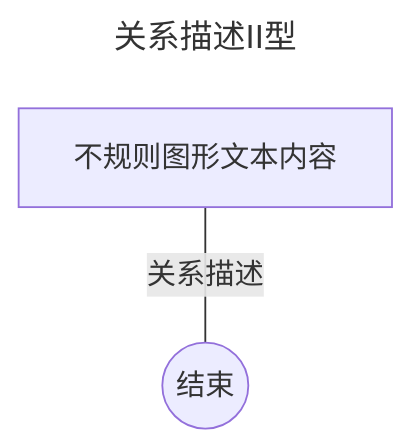
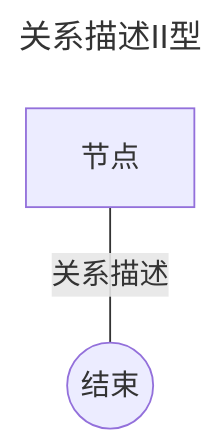
Before and after one commit to superAlibi/notes: the diagram in notes/blogs/mermaid/demo/mermaid/flowchart-link-comment-2.md, drawn with Mermaid. The commit also changed 9 other files, not shown here.

````diff
--- a/notes/blogs/mermaid/demo/mermaid/flowchart-link-comment-2.md
+++ b/notes/blogs/mermaid/demo/mermaid/flowchart-link-comment-2.md
@@ -2,7 +2,7 @@
 ```mermaid
 ---
 title: 关系描述II型
 ---
 flowchart
-    D[不规则图形文本内容]-- 关系描述 ---T((结束))
+    D[节点]-- 关系描述 ---T((结束))
 ```
````
